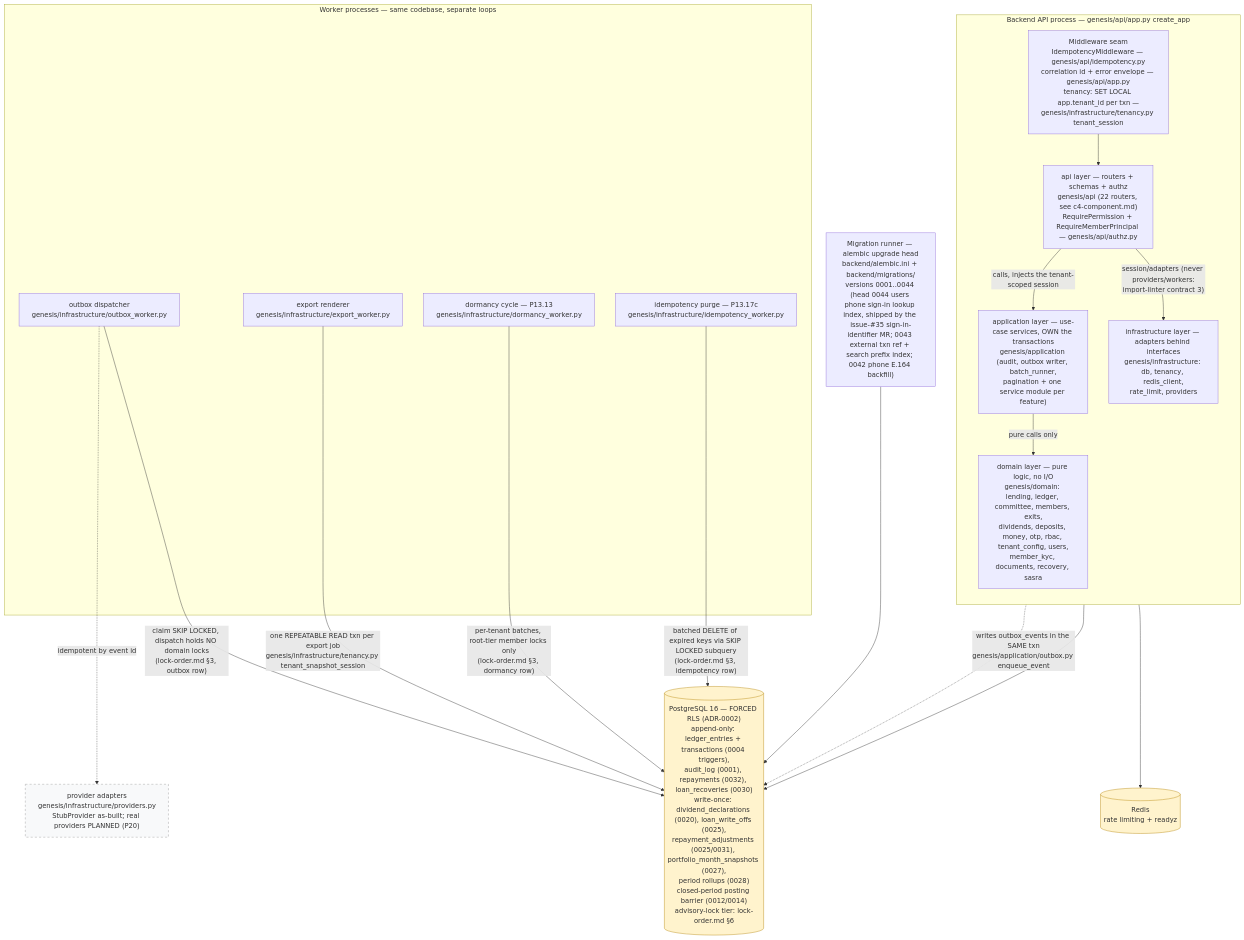
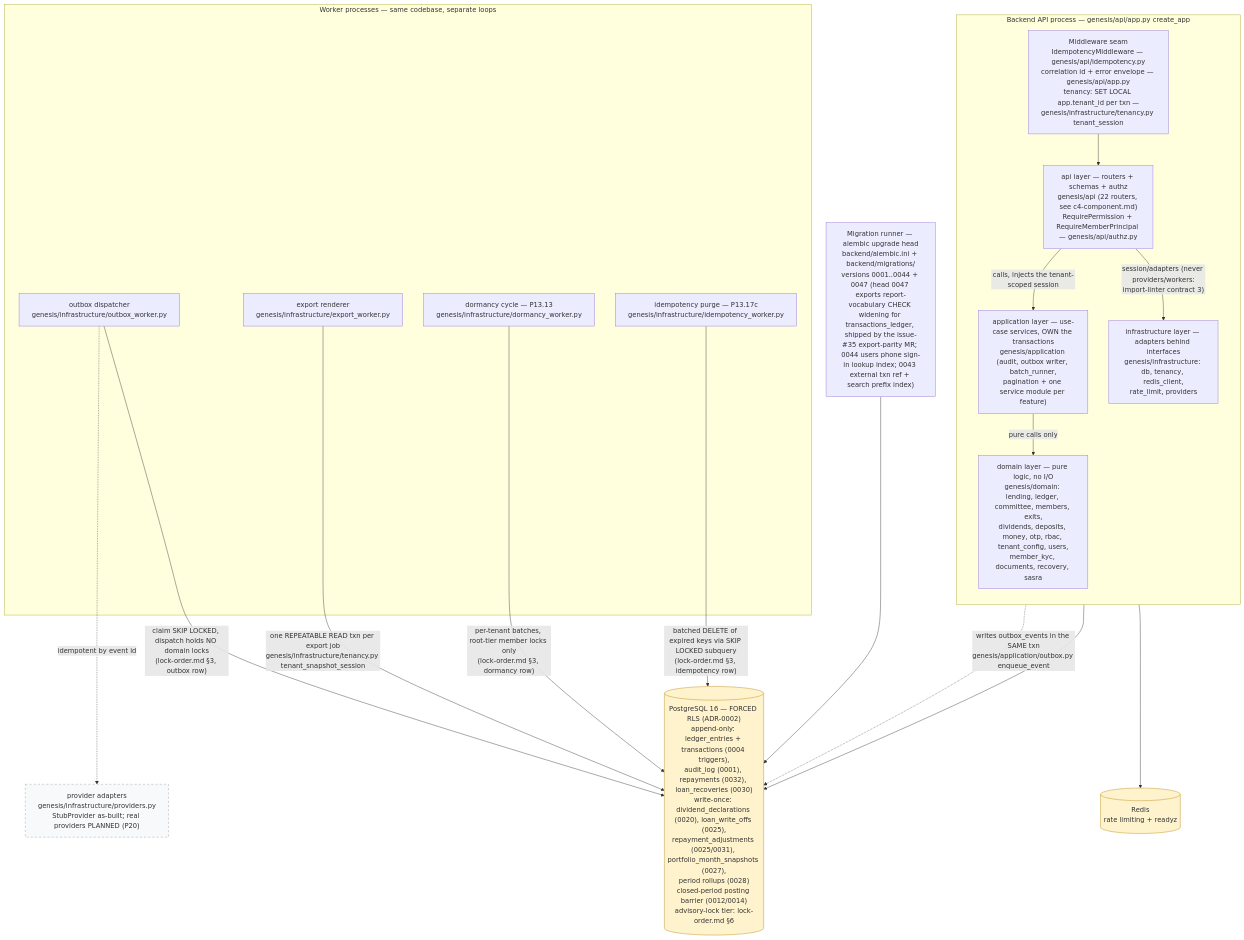
One commit to Benson-Kim/genesis-sacco-core changed the diagram in docs/diagrams/c4-container.md. Above: the diagram before and after it, drawn with Mermaid. The commit also changed other lines of this file and 2 other files, not shown here.

First line of the commit message:
remediate: openapi snapshot from spec-drift's own diff + C4 head 0047 refresh

````diff
--- a/docs/diagrams/c4-container.md
+++ b/docs/diagrams/c4-container.md
@@ -72,45 +79,45 @@
 ```mermaid
 flowchart TB
     %% Authored against main @ 08541b860f1445b16c342c39b6606d86b9dbeb17
     %% L2 containers — layering per backend/pyproject.toml [tool.importlinter].
 
     subgraph BE["Backend API process — genesis/api/app.py create_app"]
         direction TB
         MW["Middleware seam<br/>IdempotencyMiddleware — genesis/api/idempotency.py<br/>correlation id + error envelope — genesis/api/app.py<br/>tenancy: SET LOCAL app.tenant_id per txn —<br/>genesis/infrastructure/tenancy.py tenant_session"]
         APIL["api layer — routers + schemas + authz<br/>genesis/api (22 routers, see c4-component.md)<br/>RequirePermission + RequireMemberPrincipal — genesis/api/authz.py"]
         APPL["application layer — use-case services, OWN the transactions<br/>genesis/application (audit, outbox writer, batch_runner,<br/>pagination + one service module per feature)"]
         DOM["domain layer — pure logic, no I/O<br/>genesis/domain: lending, ledger, committee, members, exits,<br/>dividends, deposits, money, otp, rbac, tenant_config, users,<br/>member_kyc, documents, recovery, sasra"]
         INF["infrastructure layer — adapters behind interfaces<br/>genesis/infrastructure: db, tenancy, redis_client,<br/>rate_limit, providers"]
         MW --> APIL
         APIL -->|"calls, injects the tenant-scoped session"| APPL
         APPL -->|"pure calls only"| DOM
         APIL -->|"session/adapters (never providers/workers:<br/>import-linter contract 3)"| INF
     end
 
     subgraph WK["Worker processes — same codebase, separate loops"]
         OBW["outbox dispatcher<br/>genesis/infrastructure/outbox_worker.py"]
         EXW["export renderer<br/>genesis/infrastructure/export_worker.py"]
         DMW["dormancy cycle — P13.13<br/>genesis/infrastructure/dormancy_worker.py"]
         IDW["idempotency purge — P13.17c<br/>genesis/infrastructure/idempotency_worker.py"]
     end
 
-    MIG["Migration runner — alembic upgrade head<br/>backend/alembic.ini + backend/migrations/<br/>versions 0001..0044 (head 0044 users phone sign-in lookup index, shipped by the issue-#35 sign-in-identifier MR; 0043 external txn ref + search prefix index; 0042 phone E.164 backfill)"]
+    MIG["Migration runner — alembic upgrade head<br/>backend/alembic.ini + backend/migrations/<br/>versions 0001..0044 + 0047 (head 0047 exports report-vocabulary CHECK widening for transactions_ledger, shipped by the issue-#35 export-parity MR; 0044 users phone sign-in lookup index; 0043 external txn ref + search prefix index)"]
 
     PG[("PostgreSQL 16 — FORCED RLS (ADR-0002)<br/>append-only: ledger_entries + transactions (0004 triggers),<br/>audit_log (0001), repayments (0032), loan_recoveries (0030)<br/>write-once: dividend_declarations (0020), loan_write_offs (0025),<br/>repayment_adjustments (0025/0031), portfolio_month_snapshots (0027),<br/>period rollups (0028)<br/>closed-period posting barrier (0012/0014)<br/>advisory-lock tier: lock-order.md §6")]
     RD[("Redis<br/>rate limiting + readyz")]
 
     APPL -.->|"writes outbox_events in the SAME txn<br/>genesis/application/outbox.py enqueue_event"| PG
     INF --> PG
     INF --> RD
     OBW -->|"claim SKIP LOCKED, dispatch holds NO domain locks<br/>(lock-order.md §3, outbox row)"| PG
     EXW -->|"one REPEATABLE READ txn per export job<br/>genesis/infrastructure/tenancy.py tenant_snapshot_session"| PG
     DMW -->|"per-tenant batches, root-tier member locks only<br/>(lock-order.md §3, dormancy row)"| PG
     IDW -->|"batched DELETE of expired keys via SKIP LOCKED subquery<br/>(lock-order.md §3, idempotency row)"| PG
     OBW -.->|"idempotent by event id"| PROV["provider adapters<br/>genesis/infrastructure/providers.py<br/>StubProvider as-built; real providers PLANNED (P20)"]
     MIG --> PG
 
     classDef store fill:#fff3cd,stroke:#b8860b;
     class PG,RD store;
     classDef planned fill:#f8f9fa,stroke:#999,stroke-dasharray: 5 5;
     class PROV planned;
 ```
````
